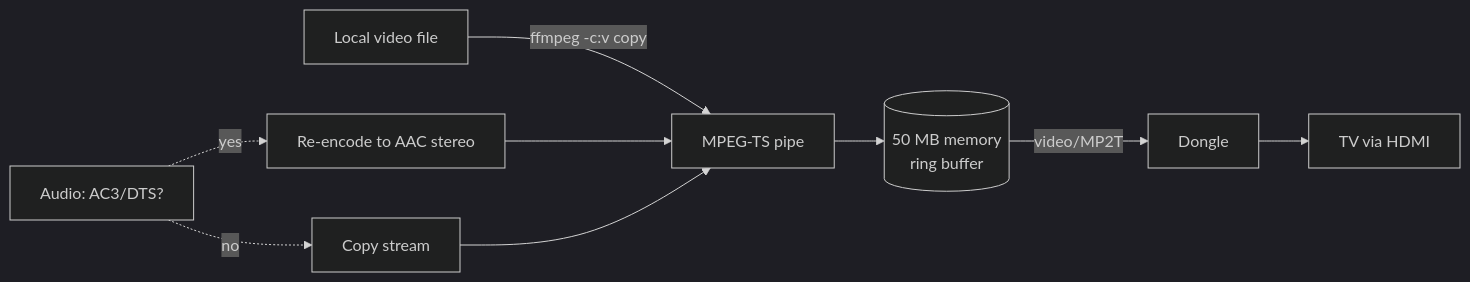
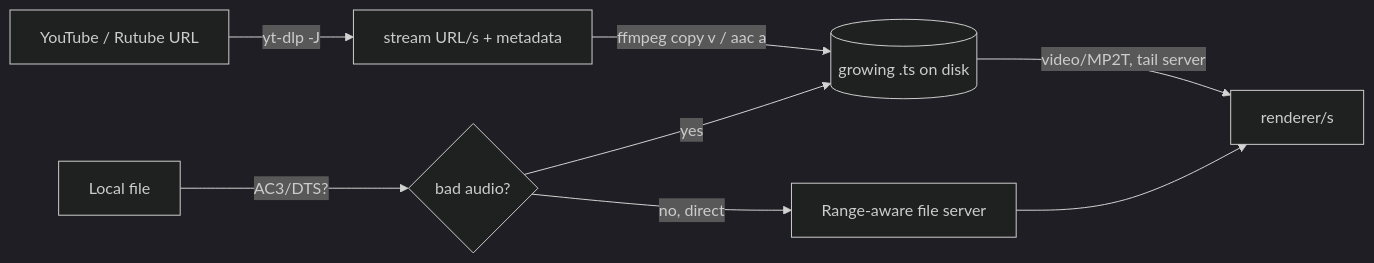
One commit to mikhailartamonov/CastToTV changed the third of 3 diagrams in README.md. Above: the diagram before and after it, drawn with Mermaid (dark theme). The commit also changed other lines of this file and 1 other file, not shown here.

````diff
--- a/README.md
+++ b/README.md
@@ -103,11 +133,10 @@
 ```mermaid
 flowchart LR
-    A[Local video file] -->|ffmpeg -c:v copy| B[MPEG-TS pipe]
-    B --> C[(50 MB memory<br/>ring buffer)]
-    C -->|video/MP2T| D[Dongle]
-    D --> E[TV via HDMI]
-    F[Audio: AC3/DTS?] -.->|yes| G[Re-encode to AAC stereo]
-    G --> B
-    F -.->|no| H[Copy stream]
-    H --> B
+    U[YouTube / Rutube URL] -->|yt-dlp -J| M[stream URL/s + metadata]
+    M -->|ffmpeg copy v / aac a| TS[(growing .ts on disk)]
+    TS -->|video/MP2T, tail server| R[renderer/s]
+    L[Local file] -->|AC3/DTS?| Q{bad audio?}
+    Q -->|yes| TS
+    Q -->|no, direct| H[Range-aware file server]
+    H --> R
 ```
````
